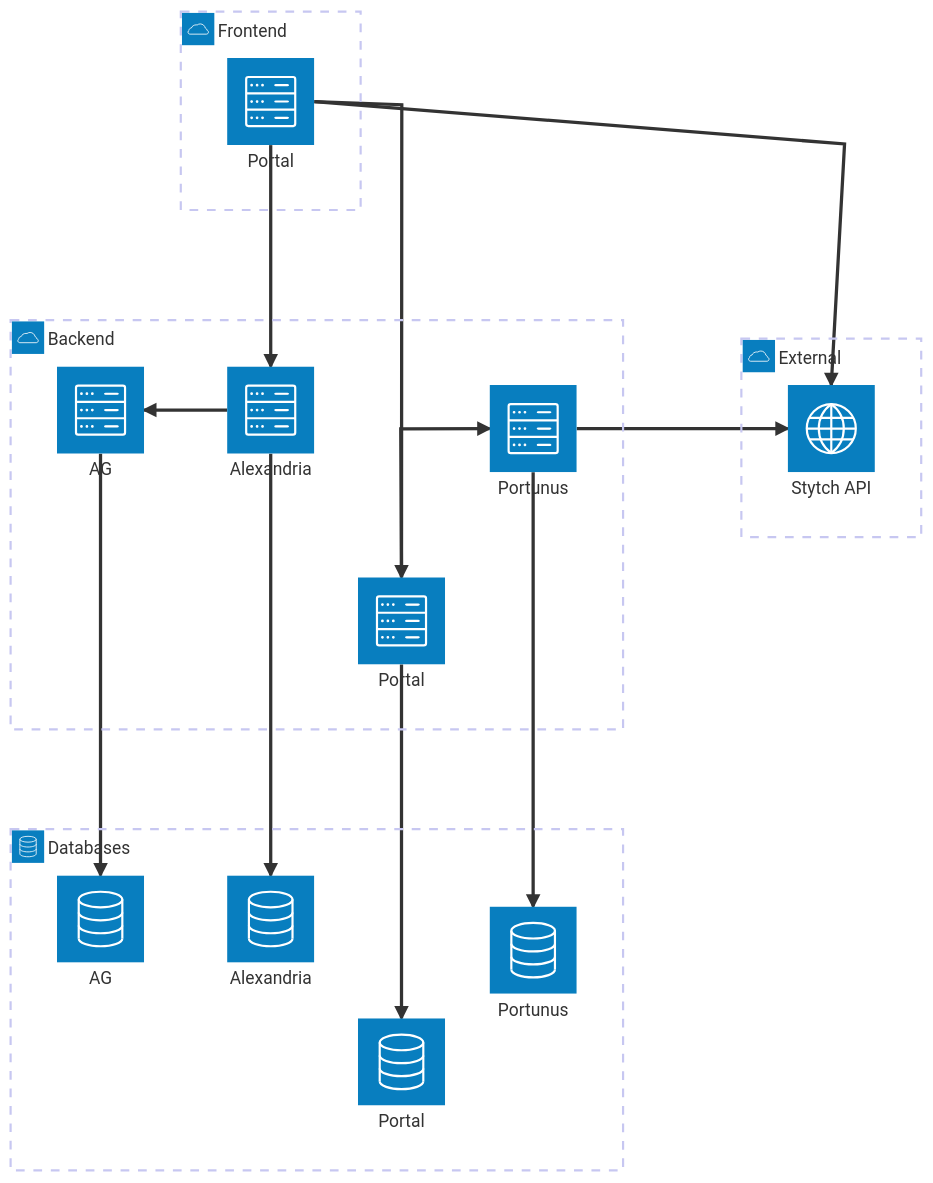
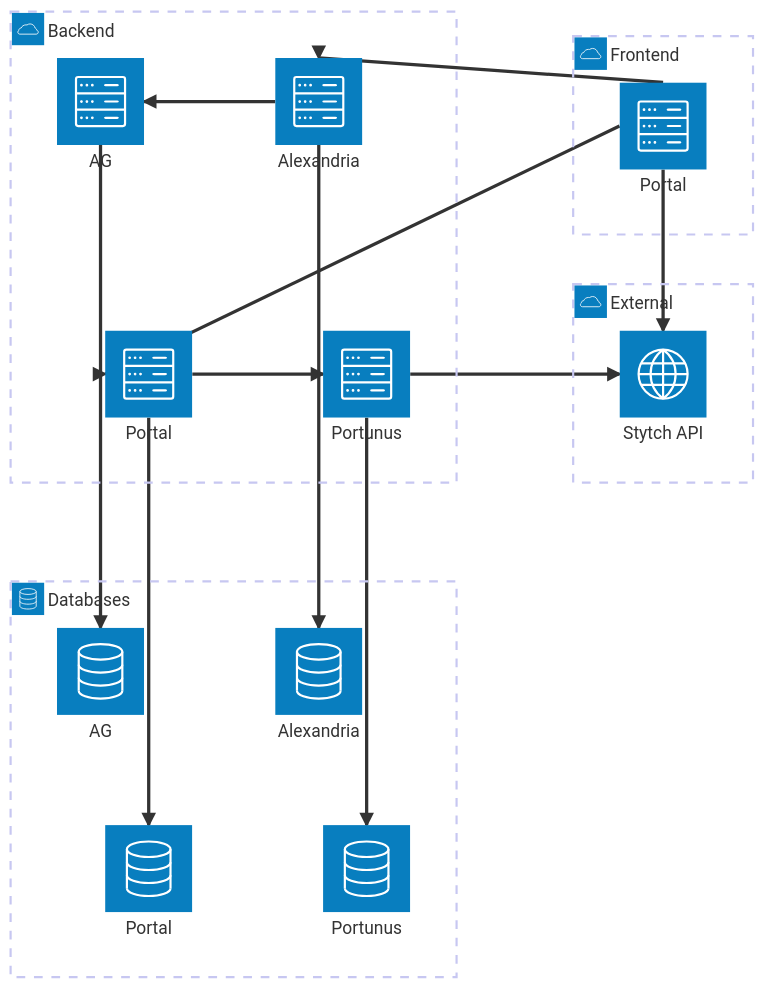
The diagram in OverallArchitecture/OverallArchitecture.md (BlackHillsIP/BHAI-Architecture-Diagrams), drawn with Mermaid before and after one commit.

Commit message:
Fix some placement issues

````diff
--- a/OverallArchitecture/OverallArchitecture.md
+++ b/OverallArchitecture/OverallArchitecture.md
@@ -1,33 +1,33 @@
 ```mermaid
 architecture-beta
     group frontend(cloud)[Frontend]
         service portalReact(server)[Portal] in frontend
 
     group backend(cloud)[Backend]
         service portalRuby(server)[Portal] in backend
         service alexandria(server)[Alexandria] in backend
         service ag(server)[AG] in backend
         service portunus(server)[Portunus] in backend
 
     group databases(database)[Databases]
         service db_portal(database)[Portal] in databases
         service db_alex(database)[Alexandria] in databases
         service db_ag(database)[AG] in databases
         service db_portunus(database)[Portunus] in databases
 
     group external(cloud)[External]
         service stytch(internet)[Stytch API] in external
 
-    portalReact:R --> T:stytch
-    portalReact:R --> T:portalRuby
-    portalReact:B --> T:alexandria
+    portalReact:B --> T:stytch
+    portalReact:L --> L:portalRuby
+    portalReact:T --> T:alexandria
     alexandria:L --> R:ag
-    portalRuby:T --> L:portunus
+    portalRuby:R --> L:portunus
     portunus:R --> L:stytch
 
     portalRuby:B --> T:db_portal
     alexandria:B --> T:db_alex
     ag:B --> T:db_ag
     portunus:B --> T:db_portunus
 
 ```
````
